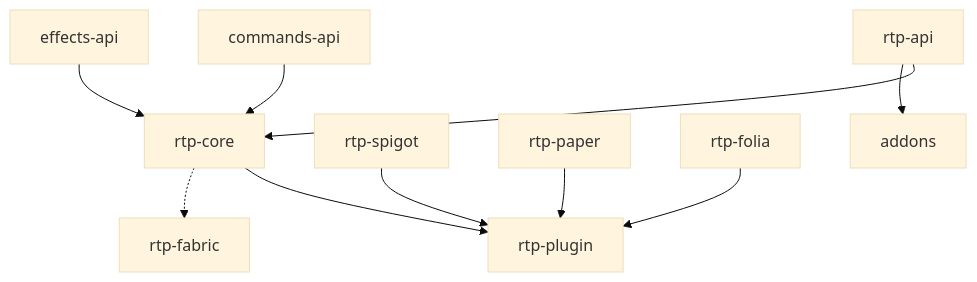
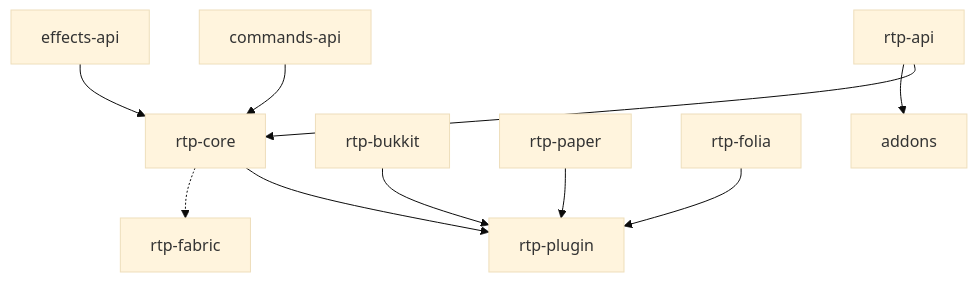
The diagram in docs/dev/ARCHITECTURE.md (DailyStruggle/RTP), drawn with Mermaid (base theme) before and after one commit. The commit also changed other lines of this file and 398 other files, not shown here.

````diff
--- a/docs/dev/ARCHITECTURE.md
+++ b/docs/dev/ARCHITECTURE.md
@@ -37,12 +37,12 @@
 ```mermaid
 graph TD
     rtp-api --> rtp-core
     commands-api --> rtp-core
     effects-api --> rtp-core
     rtp-core --> rtp-plugin
-    rtp-spigot --> rtp-plugin
+    rtp-bukkit --> rtp-plugin
     rtp-paper --> rtp-plugin
     rtp-folia --> rtp-plugin
     rtp-core -.-> rtp-fabric
     rtp-api --> addons
 ```
````
